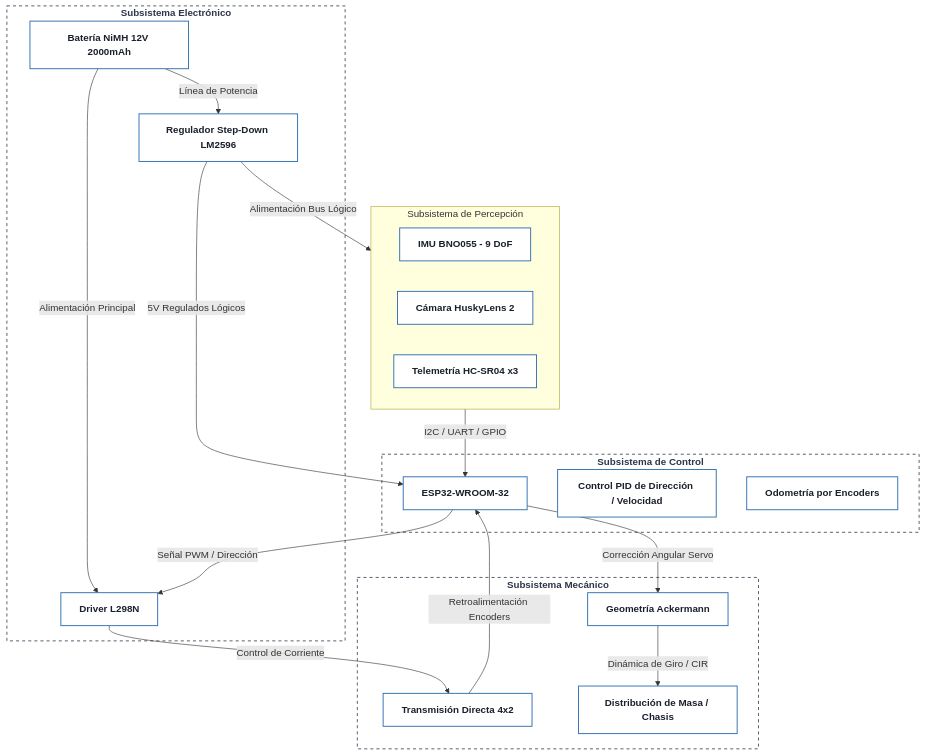
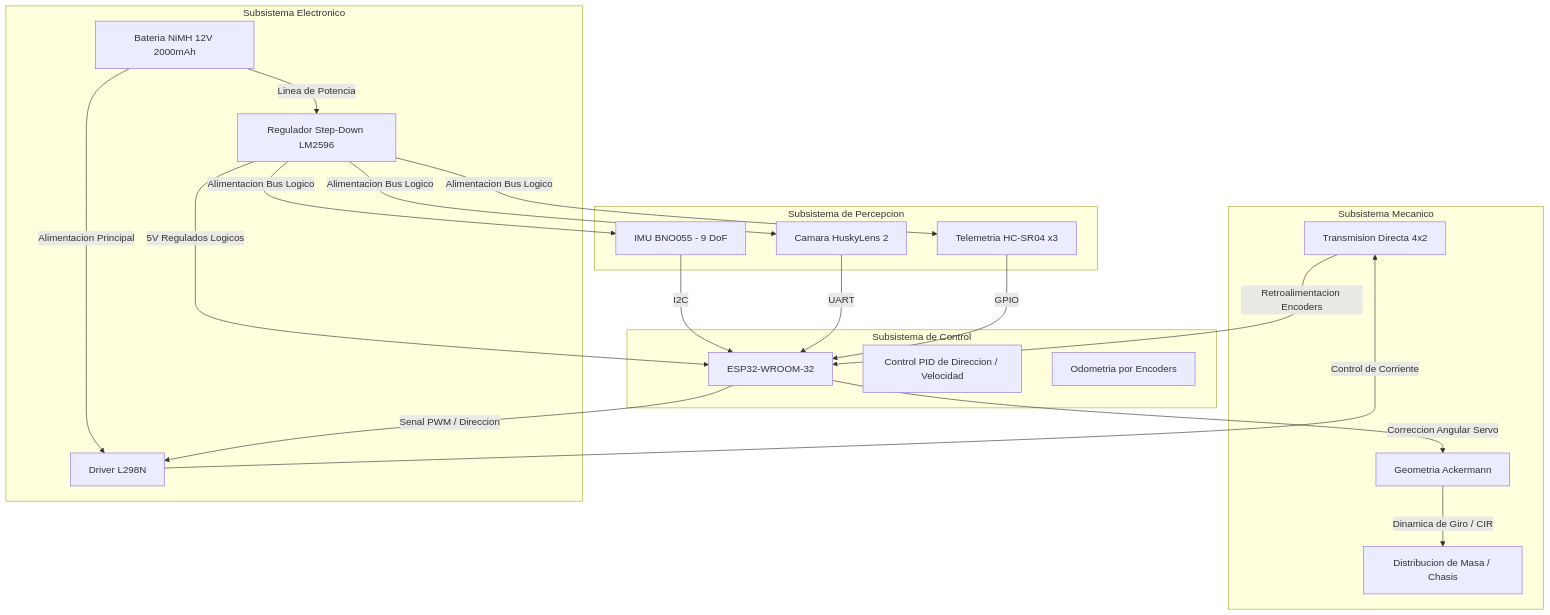
One commit to yosoycrix/Valrepo-WRO-2026 changed the ninth of 10 diagrams in README.md. Above: the diagram before and after it, drawn with Mermaid.

Commit message:
arrreglar diagrama

````diff
--- a/README.md
+++ b/README.md
@@ -3891,47 +3891,44 @@
 ```mermaid
 graph TD
-    classDef noBg fill:none,stroke:#4a5568,stroke-width:1.5px,stroke-dasharray: 5 5,color:#2d3748,font-weight:bold;
-    classDef nodeStyle fill:#ffffff,stroke:#2b6cb0,stroke-width:1.5px,color:#1a202c,font-weight:bold;
-
-    %% Subsistemas
-    subgraph Mecanica ["Subsistema Mecánico"]
-        A1[Geometría Ackermann]:::nodeStyle
-        A2[Transmisión Directa 4x2]:::nodeStyle
-        A3[Distribución de Masa / Chasis]:::nodeStyle
+    subgraph Mecanica [Subsistema Mecanico]
+        A1[Geometria Ackermann]
+        A2[Transmision Directa 4x2]
+        A3[Distribucion de Masa / Chasis]
     end
 
-    subgraph Electronica ["Subsistema Electrónico"]
-        B1[Batería NiMH 12V 2000mAh]:::nodeStyle
-        B2[Regulador Step-Down LM2596]:::nodeStyle
-        B3[Driver L298N]:::nodeStyle
+    subgraph Electronica [Subsistema Electronico]
+        B1[Bateria NiMH 12V 2000mAh]
+        B2[Regulador Step-Down LM2596]
+        B3[Driver L298N]
     end
 
-    subgraph Sensórica ["Subsistema de Percepción"]
-        C1[IMU BNO055 - 9 DoF]:::nodeStyle
-        C2[Cámara HuskyLens 2]:::nodeStyle
-        C3[Telemetría HC-SR04 x3]:::nodeStyle
+    subgraph Sensorica [Subsistema de Percepcion]
+        C1[IMU BNO055 - 9 DoF]
+        C2[Camara HuskyLens 2]
+        C3[Telemetria HC-SR04 x3]
     end
 
-    subgraph Software ["Subsistema de Control"]
-        D1[ESP32-WROOM-32]:::nodeStyle
-        D2[Control PID de Dirección / Velocidad]:::nodeStyle
-        D3[Odometría por Encoders]:::nodeStyle
+    subgraph Software [Subsistema de Control]
+        D1[ESP32-WROOM-32]
+        D2[Control PID de Direccion / Velocidad]
+        D3[Odometria por Encoders]
     end
 
-    %% Aplicación de Fondo Transparente a los Subgrafos
-    class Mecanica,Electronica,Sensórica,Software noBg;
-
-    %% Relaciones Cruzadas
-    B1 -->|Alimentación Principal| B3
-    B1 -->|Línea de Potencia| B2
-    B2 -->|5V Regulados Lógicos| D1
-    B2 -->|Alimentación Bus Lógico| Sensórica
+    B1 -->|Alimentacion Principal| B3
+    B1 -->|Linea de Potencia| B2
+    B2 -->|5V Regulados Logicos| D1
+    B2 -->|Alimentacion Bus Logico| C1
+    B2 -->|Alimentacion Bus Logico| C2
+    B2 -->|Alimentacion Bus Logico| C3
     
-    D1 -->|Señal PWM / Dirección| B3
+    D1 -->|Senal PWM / Direccion| B3
     B3 -->|Control de Corriente| A2
-    A2 -->|Retroalimentación Encoders| D1
+    A2 -->|Retroalimentacion Encoders| D1
     
-    Sensórica -->|I2C / UART / GPIO| D1
-    D1 -->|Corrección Angular Servo| A1
-    A1 -->|Dinámica de Giro / CIR| A3
+    C1 -->|I2C| D1
+    C2 -->|UART| D1
+    C3 -->|GPIO| D1
+    
+    D1 -->|Correccion Angular Servo| A1
+    A1 -->|Dinamica de Giro / CIR| A3
 ```
````
